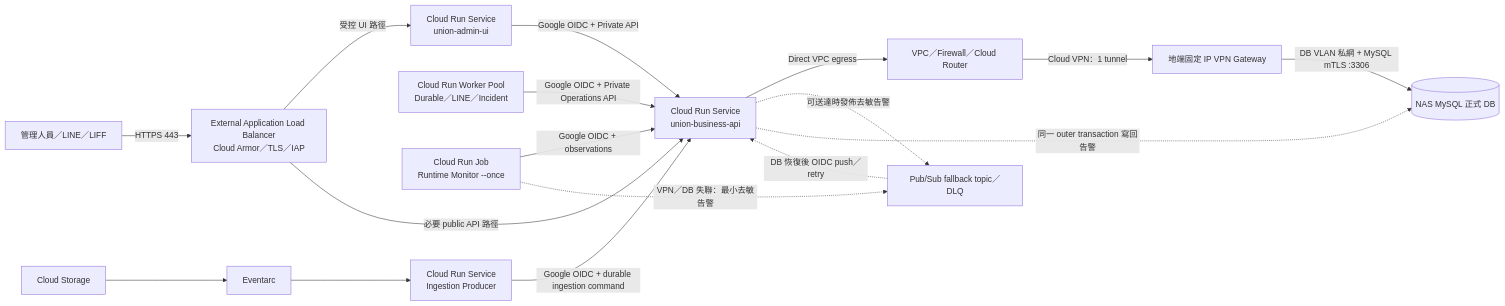
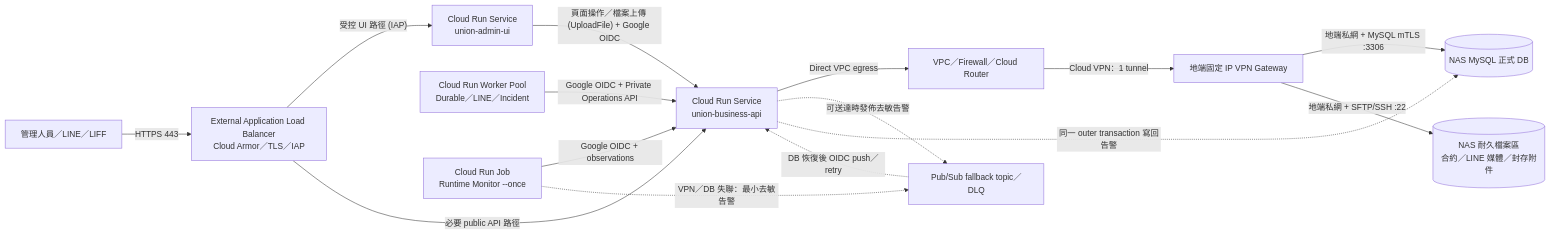
The diagram in document/雲端部署/計劃書/單一Cloud VPN計畫書.md (chrishzc/Labor_union), drawn with Mermaid before and after one commit. The commit also changed other lines of this file and 48 other files, not shown here.

First line of the commit message:
Cloud Run compat一鍵部署、MFA enrollment與本機DB相容修復 (#50)

````diff
--- a/document/雲端部署/計劃書/單一Cloud VPN計畫書.md
+++ b/document/雲端部署/計劃書/單一Cloud VPN計畫書.md
@@ -36,19 +35,18 @@
 ```mermaid
 flowchart LR
     USER["管理人員／LINE／LIFF"] -->|"HTTPS 443"| EDGE["External Application Load Balancer\nCloud Armor／TLS／IAP"]
-    EDGE -->|"受控 UI 路徑"| UI["Cloud Run Service\nunion-admin-ui"]
+    EDGE -->|"受控 UI 路徑 (IAP)"| UI["Cloud Run Service\nunion-admin-ui"]
     EDGE -->|"必要 public API 路徑"| API["Cloud Run Service\nunion-business-api"]
-    UI -->|"Google OIDC + Private API"| API
+    UI -->|"頁面操作／檔案上傳 (UploadFile) + Google OIDC"| API
     WORKERS["Cloud Run Worker Pool\nDurable／LINE／Incident"] -->|"Google OIDC + Private Operations API"| API
     MONITOR["Cloud Run Job\nRuntime Monitor --once"] -->|"Google OIDC + observations"| API
-    GCS["Cloud Storage"] --> EVENTARC["Eventarc"] --> INGEST["Cloud Run Service\nIngestion Producer"]
-    INGEST -->|"Google OIDC + durable ingestion command"| API
     API -->|"Direct VPC egress"| VPC["VPC／Firewall／Cloud Router"]
     VPC -->|"Cloud VPN：1 tunnel"| GW["地端固定 IP VPN Gateway"]
-    GW -->|"DB VLAN 私網 + MySQL mTLS :3306"| DB[("NAS MySQL 正式 DB")]
+    GW -->|"地端私網 + MySQL mTLS :3306"| DB[("NAS MySQL 正式 DB")]
+    GW -->|"地端私網 + SFTP/SSH :22"| FILES[("NAS 耐久檔案區\n合約／LINE 媒體／封存附件")]
 
     MONITOR -. "VPN／DB 失聯：最小去敏告警" .-> PS["Pub/Sub fallback topic／DLQ"]
     API -. "可送達時發佈去敏告警" .-> PS
     PS -. "DB 恢復後 OIDC push／retry" .-> API
     API -. "同一 outer transaction 寫回告警" .-> DB
 ```
````
